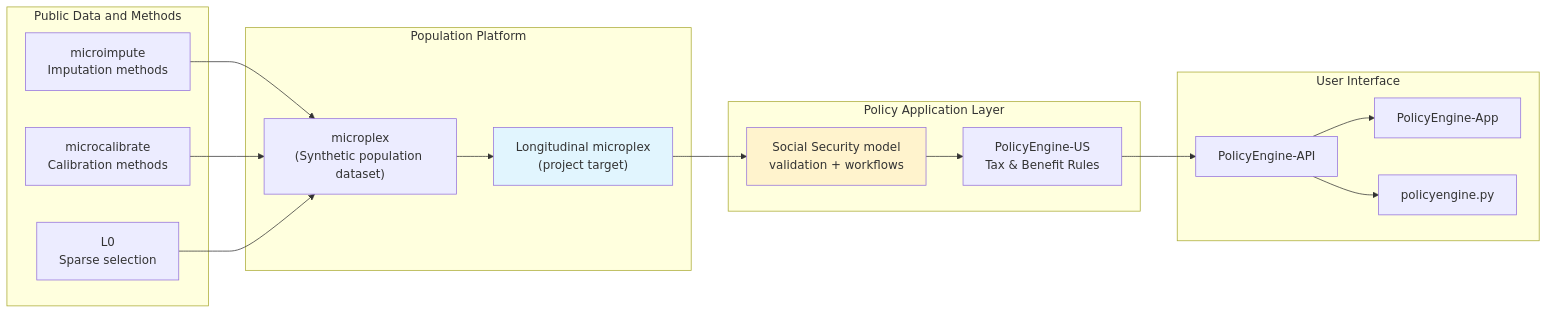
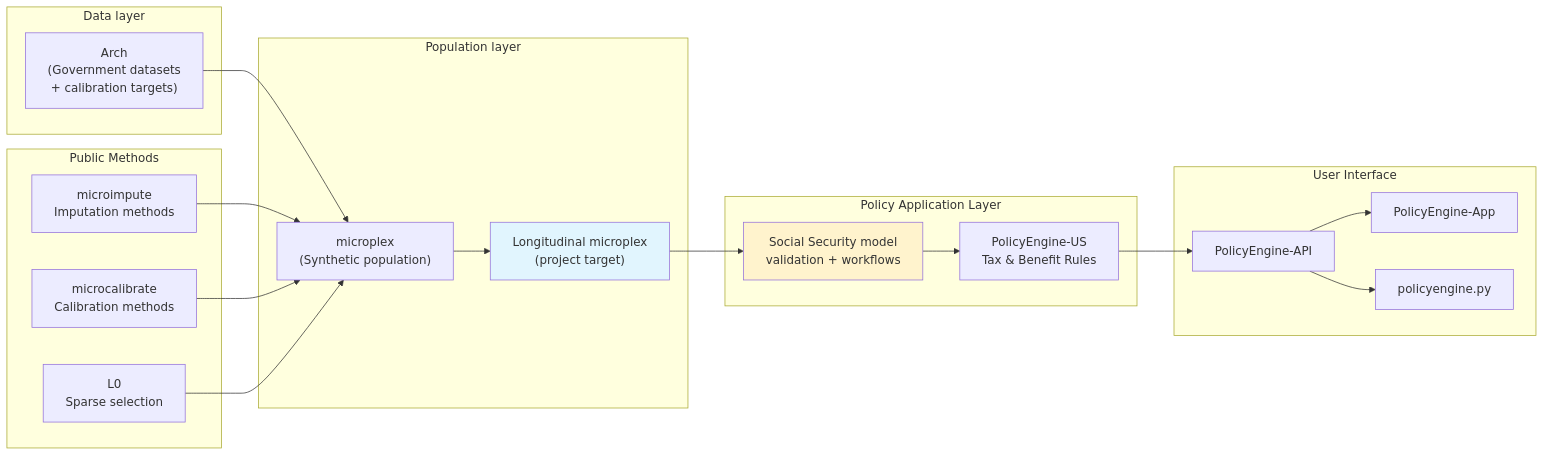
One commit to PolicyEngine/populace-dynamics changed the diagram in docs/infrastructure.md. Above: the diagram before and after it, drawn with Mermaid. The commit also changed other lines of this file and 19 other files, not shown here.

````diff
--- a/docs/infrastructure.md
+++ b/docs/infrastructure.md
@@ -17,37 +18,42 @@
 ```mermaid
 flowchart LR
-    subgraph sources["Public Data and Methods"]
+    subgraph data["Data layer"]
+        ARCH["Arch<br/>(Government datasets<br/>+ calibration targets)"]
+    end
+
+    subgraph sources["Public Methods"]
         MI["microimpute<br/>Imputation methods"]
         MC["microcalibrate<br/>Calibration methods"]
         L0["L0<br/>Sparse selection"]
     end
 
-    subgraph population["Population Platform"]
-        MPX["microplex<br/>(Synthetic population dataset)"]
+    subgraph population["Population layer"]
+        MPX["microplex<br/>(Synthetic population)"]
         LMPX["Longitudinal microplex<br/>(project target)"]
     end
 
     subgraph application["Policy Application Layer"]
         SSM["Social Security model<br/>validation + workflows"]
         PEUS["PolicyEngine-US<br/>Tax & Benefit Rules"]
     end
 
     subgraph interface["User Interface"]
         API["PolicyEngine-API"]
         APP["PolicyEngine-App"]
         PY["policyengine.py"]
     end
 
+    ARCH --> MPX
     MI --> MPX
     MC --> MPX
     L0 --> MPX
     MPX --> LMPX
     LMPX --> SSM
     SSM --> PEUS
     PEUS --> API
     API --> APP
     API --> PY
 
     style LMPX fill:#e1f5fe
     style SSM fill:#fff3cd
 ```
````
